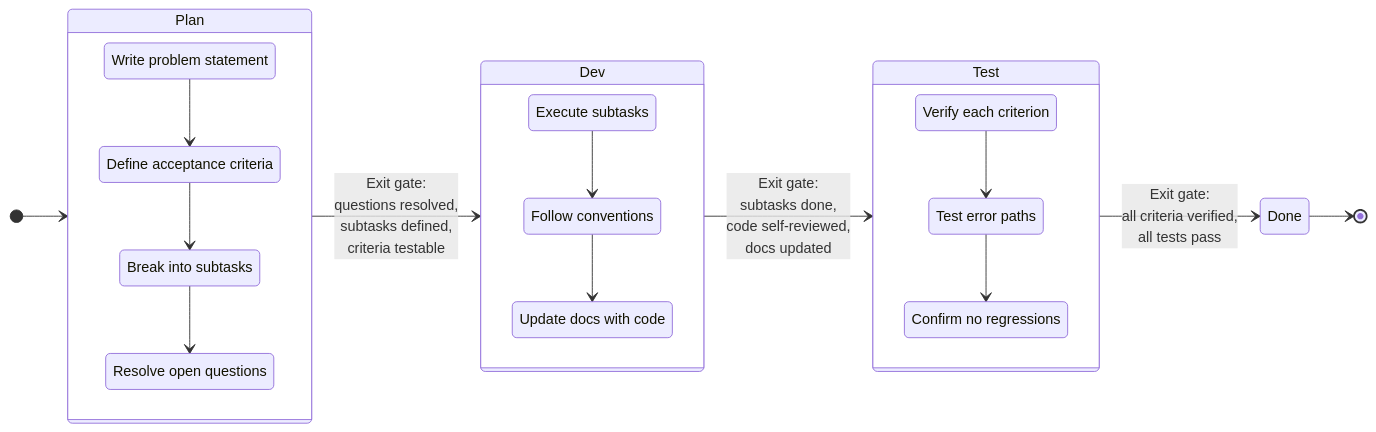
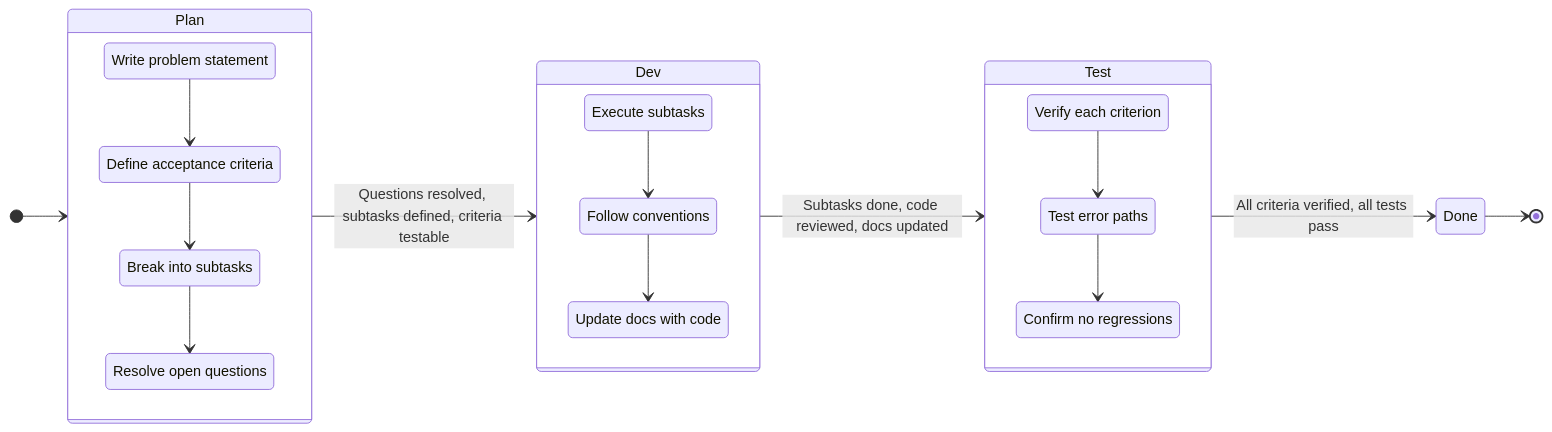
One commit to moniav/sk changed the second of 5 diagrams in Readme.md. Above: the diagram before and after it, drawn with Mermaid. The commit also changed other lines of this file and 10 other files, not shown here.

````diff
--- a/Readme.md
+++ b/Readme.md
@@ -49,39 +54,39 @@
 ```mermaid
 stateDiagram-v2
     direction LR
 
     [*] --> Plan
-    Plan --> Dev : Exit gate:<br/>questions resolved,<br/>subtasks defined,<br/>criteria testable
-    Dev --> Test : Exit gate:<br/>subtasks done,<br/>code self-reviewed,<br/>docs updated
-    Test --> Done : Exit gate:<br/>all criteria verified,<br/>all tests pass
+    Plan --> Dev : Questions resolved, subtasks defined, criteria testable
+    Dev --> Test : Subtasks done, code reviewed, docs updated
+    Test --> Done : All criteria verified, all tests pass
     Done --> [*]
 
     state Plan {
         direction TB
         p1: Write problem statement
         p2: Define acceptance criteria
         p3: Break into subtasks
         p4: Resolve open questions
         p1 --> p2
         p2 --> p3
         p3 --> p4
     }
 
     state Dev {
         direction TB
         d1: Execute subtasks
         d2: Follow conventions
         d3: Update docs with code
         d1 --> d2
         d2 --> d3
     }
 
     state Test {
         direction TB
         t1: Verify each criterion
         t2: Test error paths
         t3: Confirm no regressions
         t1 --> t2
         t2 --> t3
     }
 ```
````
